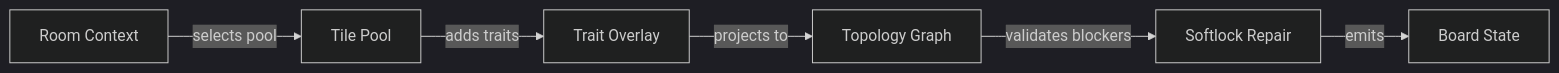
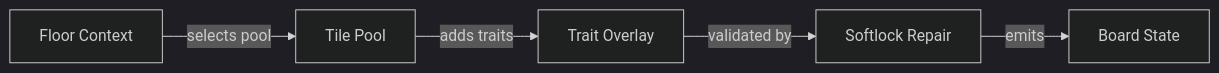
Before and after one commit to BorisThoris/memory-dungeon: the fourth of 11 diagrams in docs/system-diagrams/README.md, drawn with Mermaid (dark theme). The commit also changed other lines of this file and 296 other files, not shown here.

````diff
--- a/docs/system-diagrams/README.md
+++ b/docs/system-diagrams/README.md
@@ -169,14 +163,12 @@
 ```mermaid
 flowchart LR
-    room_context["Room Context"]
+    room_context["Floor Context"]
     tile_pool["Tile Pool"]
     trait_overlay["Trait Overlay"]
-    topology_graph["Topology Graph"]
     softlock_repair["Softlock Repair"]
     board_state["Board State"]
     room_context -->|"selects pool"| tile_pool
     tile_pool -->|"adds traits"| trait_overlay
-    trait_overlay -->|"projects to"| topology_graph
-    topology_graph -->|"validates blockers"| softlock_repair
+    trait_overlay -->|"validated by"| softlock_repair
     softlock_repair -->|"emits"| board_state
 ```
````
